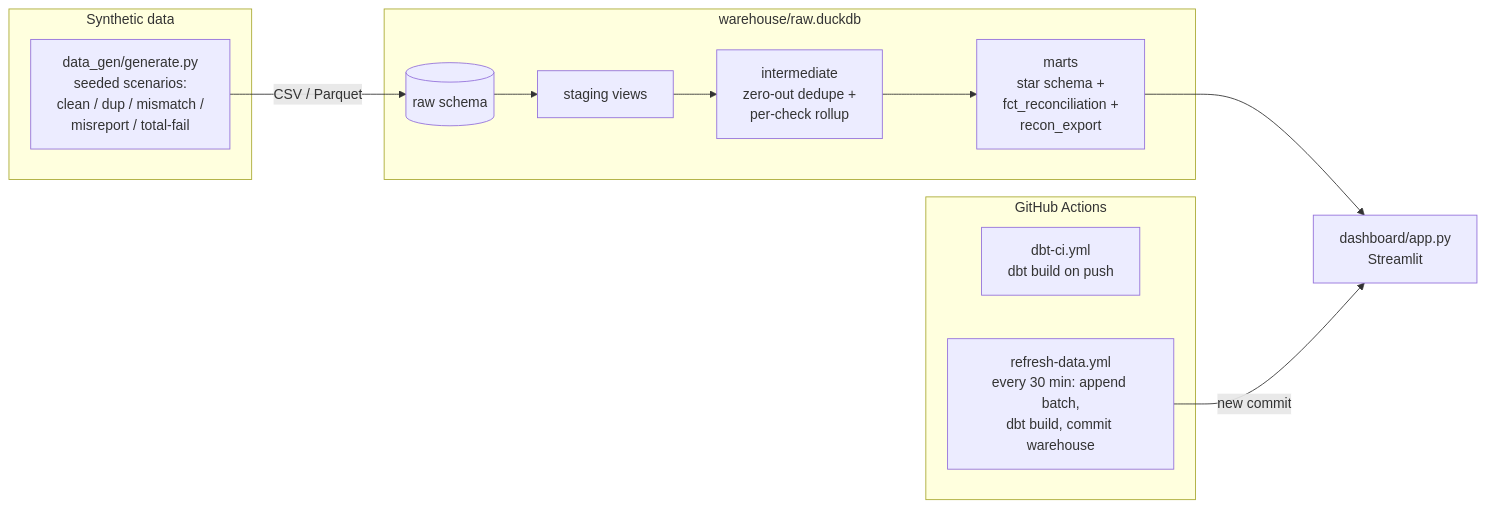
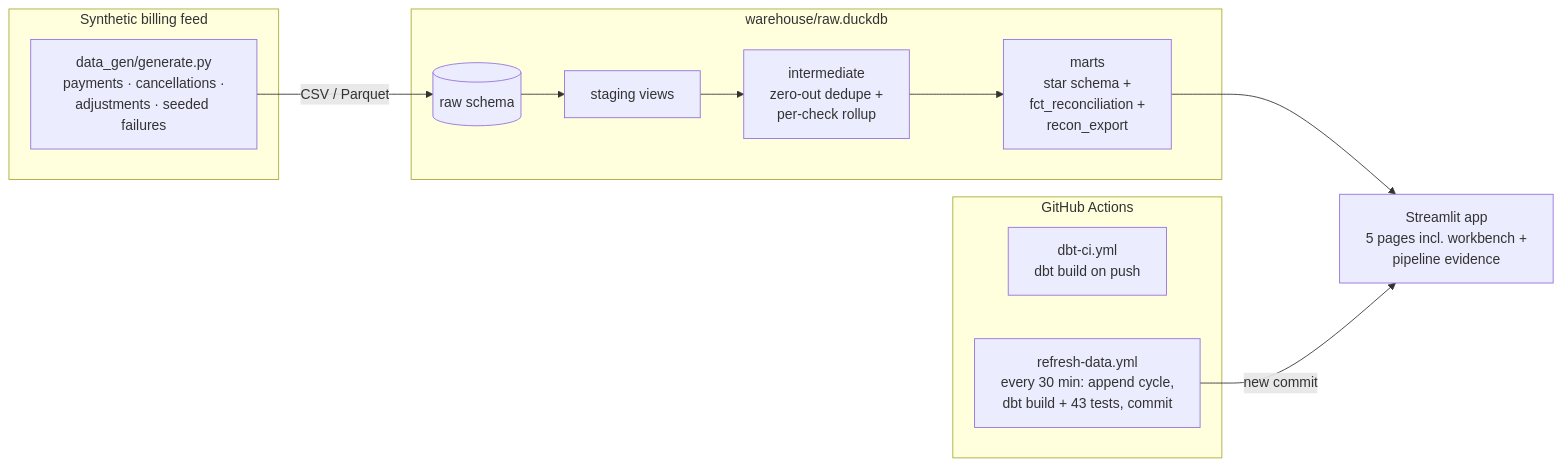
One commit to jelendu/remit-reconciliation-engine changed the diagram in README.md. Above: the diagram before and after it, drawn with Mermaid. The commit also changed other lines of this file and 12 other files, not shown here.

First line of the commit message:
Rebuild dashboard as a five-page product: story, workbench, ops, pipeline evidence, about

````diff
--- a/README.md
+++ b/README.md
@@ -39,21 +48,21 @@
 ```mermaid
 flowchart LR
-    subgraph gen[Synthetic data]
-        G["data_gen/generate.py<br/>seeded scenarios:<br/>clean / dup / mismatch /<br/>misreport / total-fail"]
+    subgraph gen[Synthetic billing feed]
+        G["data_gen/generate.py<br/>payments · cancellations ·<br/>adjustments · seeded failures"]
     end
     subgraph wh[warehouse/raw.duckdb]
         R[(raw schema)]
         S[staging views]
         I["intermediate<br/>zero-out dedupe +<br/>per-check rollup"]
         M["marts<br/>star schema +<br/>fct_reconciliation +<br/>recon_export"]
     end
-    D["dashboard/app.py<br/>Streamlit"]
+    D["Streamlit app<br/>5 pages incl. workbench +<br/>pipeline evidence"]
     G -->|CSV / Parquet| R
     R --> S --> I --> M --> D
 
     subgraph gha[GitHub Actions]
         CI["dbt-ci.yml<br/>dbt build on push"]
-        REF["refresh-data.yml<br/>every 30 min: append batch,<br/>dbt build, commit warehouse"]
+        REF["refresh-data.yml<br/>every 30 min: append cycle,<br/>dbt build + 43 tests, commit"]
     end
     REF -->|new commit| D
 ```
````
